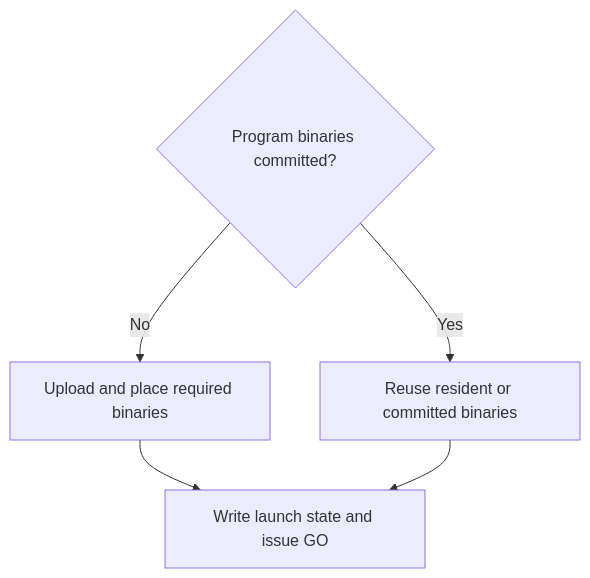
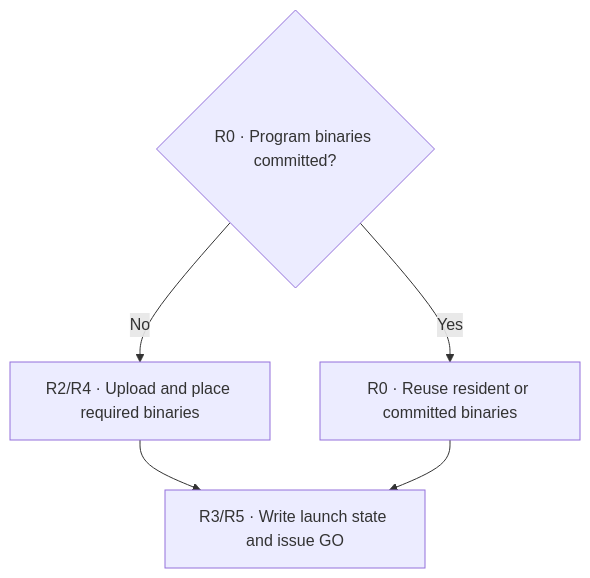
Before and after one commit to buicongnguyen/tt-sim: diagram 11 of 13 in public/RISC_FIRMWARE_TO_KERNEL_FLOW.md, drawn with Mermaid. The commit also changed other lines of this file and 4 other files, not shown here.

Commit message:
Link firmware flow steps to source

````diff
--- a/public/RISC_FIRMWARE_TO_KERNEL_FLOW.md
+++ b/public/RISC_FIRMWARE_TO_KERNEL_FLOW.md
@@ -353,8 +382,8 @@
 ```mermaid
 flowchart TD
-    Q{Program binaries committed?}
-    Q -- No --> U[Upload and place required binaries]
-    Q -- Yes --> R[Reuse resident or committed binaries]
-    U --> L[Write launch state and issue GO]
+    Q{R0 · Program binaries committed?}
+    Q -- No --> U[R2/R4 · Upload and place required binaries]
+    Q -- Yes --> R[R0 · Reuse resident or committed binaries]
+    U --> L[R3/R5 · Write launch state and issue GO]
     R --> L
 ```
````
